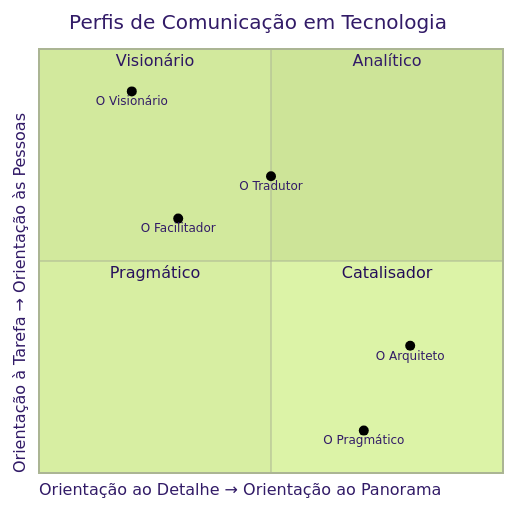
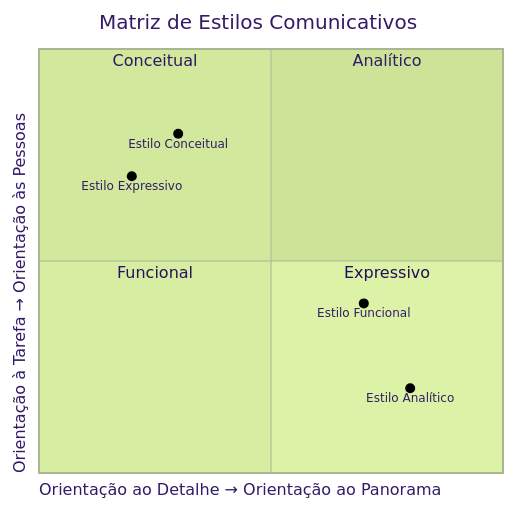
The first of 4 diagrams in Leadership/comunicação.md (felipepimentel/my-public-notes), drawn with Mermaid (forest theme) before and after one commit. The commit also changed other lines of this file, not shown here.

````diff
--- a/Leadership/comunicação.md
+++ b/Leadership/comunicação.md
@@ -236,15 +69,14 @@
 ```mermaid
 quadrantChart
-    title Perfis de Comunicação em Tecnologia
+    title Matriz de Estilos Comunicativos
     x-axis Orientação ao Detalhe → Orientação ao Panorama
     y-axis Orientação à Tarefa → Orientação às Pessoas
     quadrant-1 Analítico
-    quadrant-2 Visionário
-    quadrant-3 Pragmático
-    quadrant-4 Catalisador
-    "O Arquiteto": [0.8, 0.3]
-    "O Tradutor": [0.5, 0.7]
-    "O Visionário": [0.2, 0.9]
-    "O Pragmático": [0.7, 0.1]
-    "O Facilitador": [0.3, 0.6]
+    quadrant-2 Conceitual
+    quadrant-3 Funcional
+    quadrant-4 Expressivo
+    "Estilo Analítico": [0.8, 0.2]
+    "Estilo Funcional": [0.7, 0.4]
+    "Estilo Conceitual": [0.3, 0.8]
+    "Estilo Expressivo": [0.2, 0.7]
 ```
````
